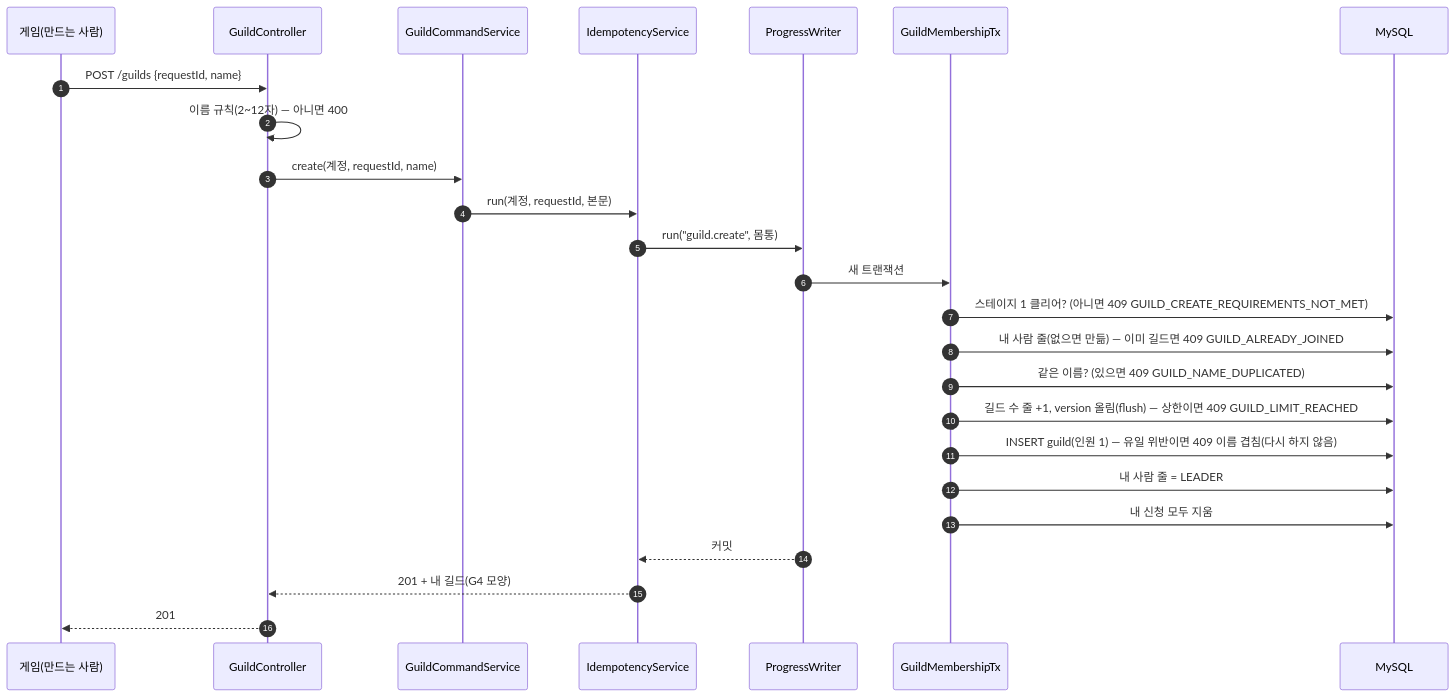
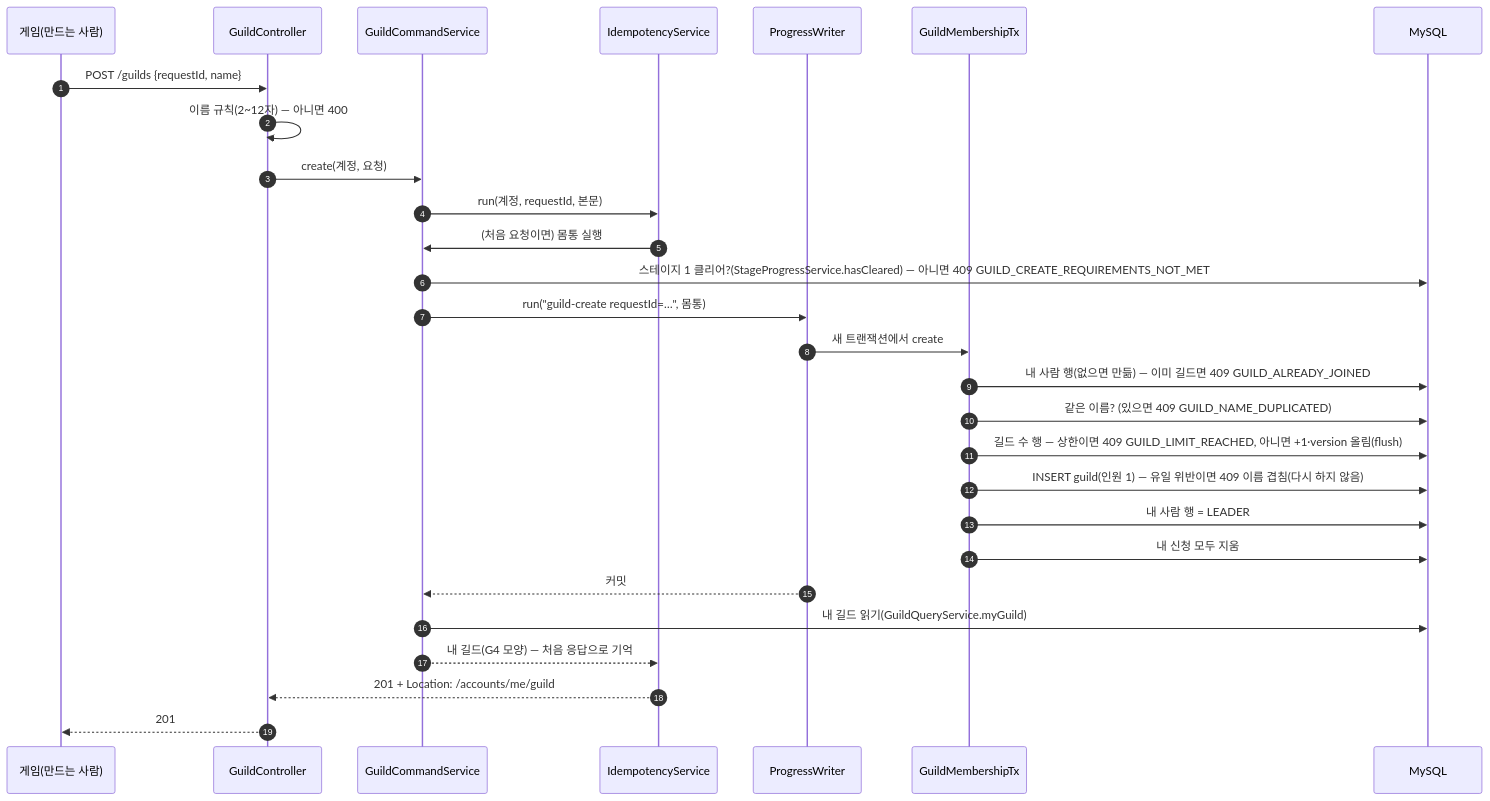
The first of 8 diagrams in docs/flows/guild.md (NBCGameServerCamp09Team01/PW01), drawn with Mermaid before and after one commit. The commit also changed other lines of this file and 6 other files, not shown here.

````diff
--- a/docs/flows/guild.md
+++ b/docs/flows/guild.md
@@ -26,28 +27,31 @@
 ```mermaid
 sequenceDiagram
   autonumber
   participant G as 게임(만드는 사람)
   participant C as GuildController
   participant S as GuildCommandService
   participant I as IdempotencyService
   participant W as ProgressWriter
   participant T as GuildMembershipTx
   participant DB as MySQL
 
   G->>C: POST /guilds {requestId, name}
   C->>C: 이름 규칙(2~12자) — 아니면 400
-  C->>S: create(계정, requestId, name)
+  C->>S: create(계정, 요청)
   S->>I: run(계정, requestId, 본문)
-  I->>W: run("guild.create", 몸통)
-  W->>T: 새 트랜잭션
-  T->>DB: 스테이지 1 클리어? (아니면 409 GUILD_CREATE_REQUIREMENTS_NOT_MET)
-  T->>DB: 내 사람 줄(없으면 만듦) — 이미 길드면 409 GUILD_ALREADY_JOINED
+  I->>S: (처음 요청이면) 몸통 실행
+  S->>DB: 스테이지 1 클리어?(StageProgressService.hasCleared) — 아니면 409 GUILD_CREATE_REQUIREMENTS_NOT_MET
+  S->>W: run("guild-create requestId=…", 몸통)
+  W->>T: 새 트랜잭션에서 create
+  T->>DB: 내 사람 행(없으면 만듦) — 이미 길드면 409 GUILD_ALREADY_JOINED
   T->>DB: 같은 이름? (있으면 409 GUILD_NAME_DUPLICATED)
-  T->>DB: 길드 수 줄 +1, version 올림(flush) — 상한이면 409 GUILD_LIMIT_REACHED
+  T->>DB: 길드 수 행 — 상한이면 409 GUILD_LIMIT_REACHED, 아니면 +1·version 올림(flush)
   T->>DB: INSERT guild(인원 1) — 유일 위반이면 409 이름 겹침(다시 하지 않음)
-  T->>DB: 내 사람 줄 = LEADER
+  T->>DB: 내 사람 행 = LEADER
   T->>DB: 내 신청 모두 지움
-  W-->>I: 커밋
-  I-->>C: 201 + 내 길드(G4 모양)
+  W-->>S: 커밋
+  S->>DB: 내 길드 읽기(GuildQueryService.myGuild)
+  S-->>I: 내 길드(G4 모양) — 처음 응답으로 기억
+  I-->>C: 201 + Location: /accounts/me/guild
   C-->>G: 201
 ```
````
